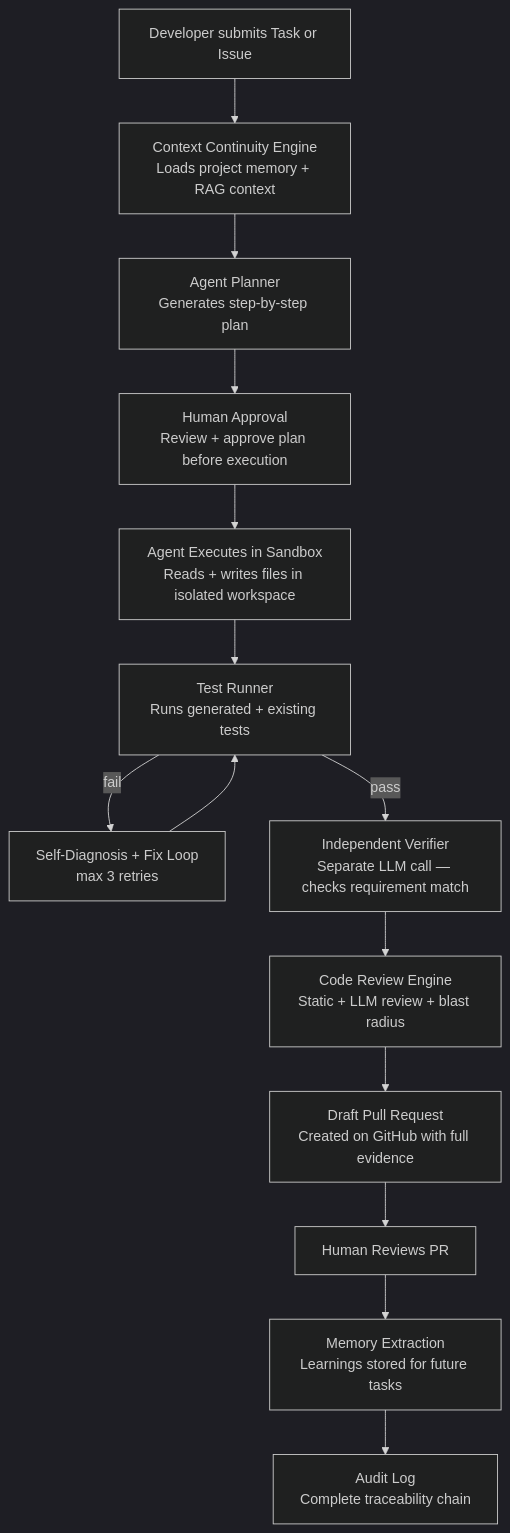
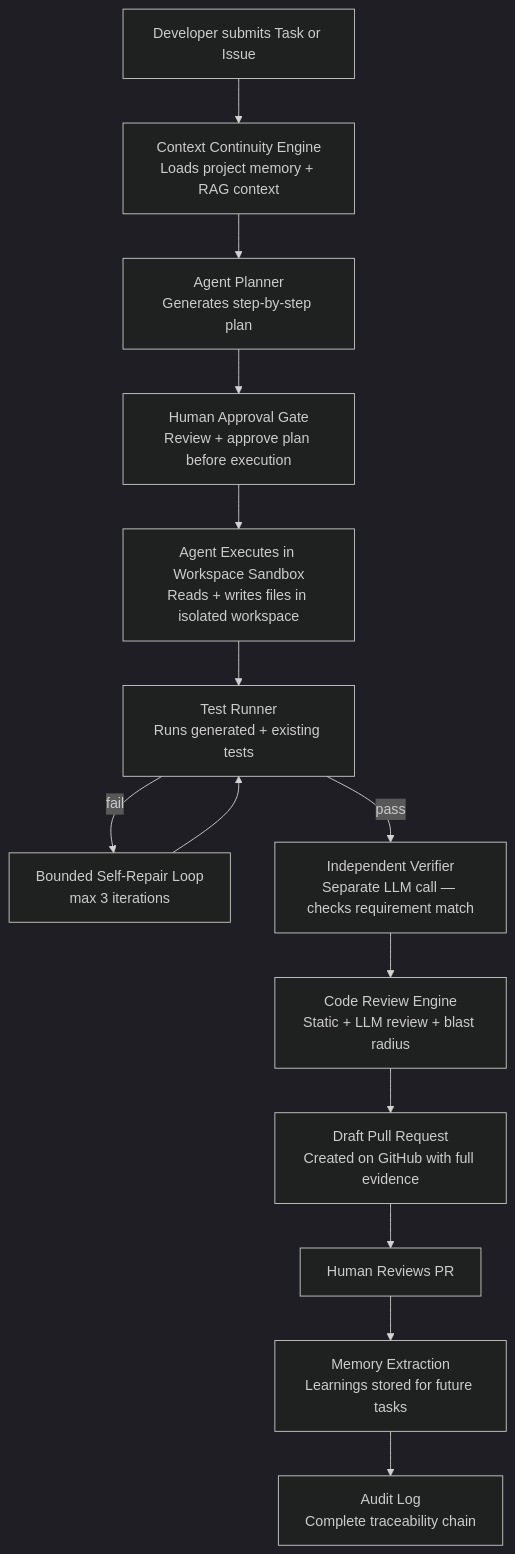
Before and after one commit to Meetvirugama/AI-Powered-Software-Development-Platform: the diagram in Docs/engineering/01_project_overview.md, drawn with Mermaid (dark theme). The commit also changed other lines of this file and 19 other files, not shown here.

````diff
--- a/Docs/engineering/01_project_overview.md
+++ b/Docs/engineering/01_project_overview.md
@@ -32,16 +33,16 @@
 ```mermaid
 flowchart TD
     USER[Developer submits Task or Issue] --> CTX[Context Continuity Engine\nLoads project memory + RAG context]
     CTX --> PLN[Agent Planner\nGenerates step-by-step plan]
-    PLN --> APR[Human Approval\nReview + approve plan before execution]
-    APR --> EXEC[Agent Executes in Sandbox\nReads + writes files in isolated workspace]
+    PLN --> APR[Human Approval Gate\nReview + approve plan before execution]
+    APR --> EXEC[Agent Executes in Workspace Sandbox\nReads + writes files in isolated workspace]
     EXEC --> TST[Test Runner\nRuns generated + existing tests]
-    TST -- fail --> FIX[Self-Diagnosis + Fix Loop\nmax 3 retries]
+    TST -- fail --> FIX[Bounded Self-Repair Loop\nmax 3 iterations]
     FIX --> TST
     TST -- pass --> VER[Independent Verifier\nSeparate LLM call — checks requirement match]
     VER --> REV[Code Review Engine\nStatic + LLM review + blast radius]
     REV --> PR[Draft Pull Request\nCreated on GitHub with full evidence]
     PR --> HR[Human Reviews PR]
     HR --> MEM[Memory Extraction\nLearnings stored for future tasks]
     MEM --> AUD[Audit Log\nComplete traceability chain]
 ```
````
